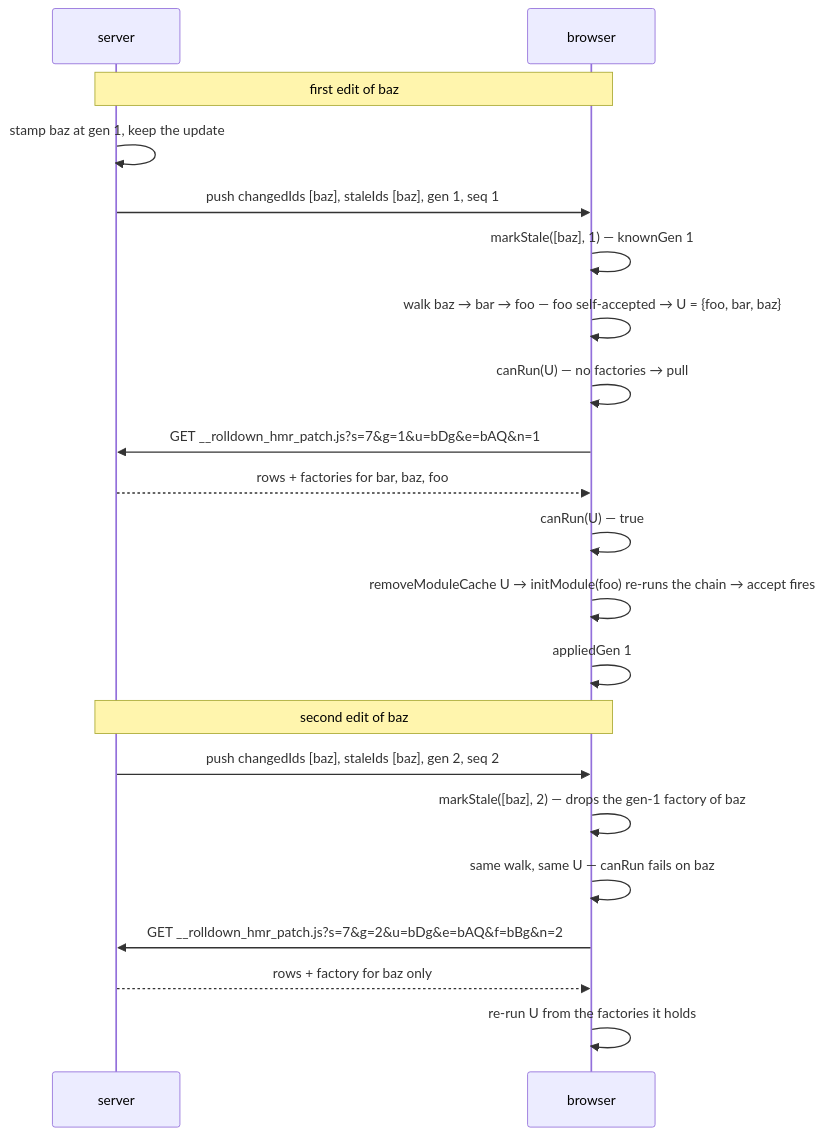
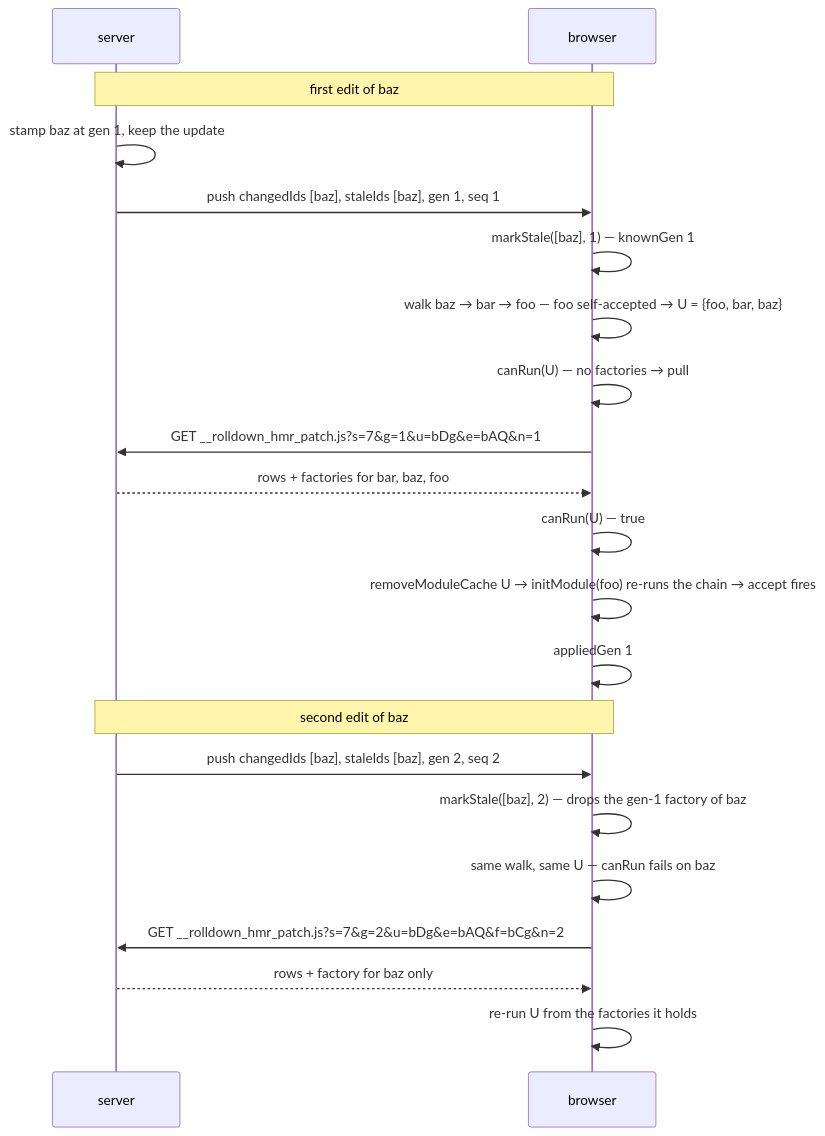
The third of 3 diagrams in internal-docs/hmr/design.md (rolldown/rolldown), drawn with Mermaid before and after one commit. The commit also changed other lines of this file and 3 other files, not shown here.

````diff
--- a/internal-docs/hmr/design.md
+++ b/internal-docs/hmr/design.md
@@ -813,23 +814,23 @@
 ```mermaid
 sequenceDiagram
   participant S as server
   participant B as browser
   Note over S,B: first edit of baz
   S->>S: stamp baz at gen 1, keep the update
   S->>B: push changedIds [baz], staleIds [baz], gen 1, seq 1
   B->>B: markStale([baz], 1) — knownGen 1
   B->>B: walk baz → bar → foo — foo self-accepted → U = {foo, bar, baz}
   B->>B: canRun(U) — no factories → pull
   B->>S: GET __rolldown_hmr_patch.js?s=7&g=1&u=bDg&e=bAQ&n=1
   S-->>B: rows + factories for bar, baz, foo
   B->>B: canRun(U) — true
   B->>B: removeModuleCache U → initModule(foo) re-runs the chain → accept fires
   B->>B: appliedGen 1
   Note over S,B: second edit of baz
   S->>B: push changedIds [baz], staleIds [baz], gen 2, seq 2
   B->>B: markStale([baz], 2) — drops the gen-1 factory of baz
   B->>B: same walk, same U — canRun fails on baz
-  B->>S: GET __rolldown_hmr_patch.js?s=7&g=2&u=bDg&e=bAQ&f=bBg&n=2
+  B->>S: GET __rolldown_hmr_patch.js?s=7&g=2&u=bDg&e=bAQ&f=bCg&n=2
   S-->>B: rows + factory for baz only
   B->>B: re-run U from the factories it holds
 ```
````
